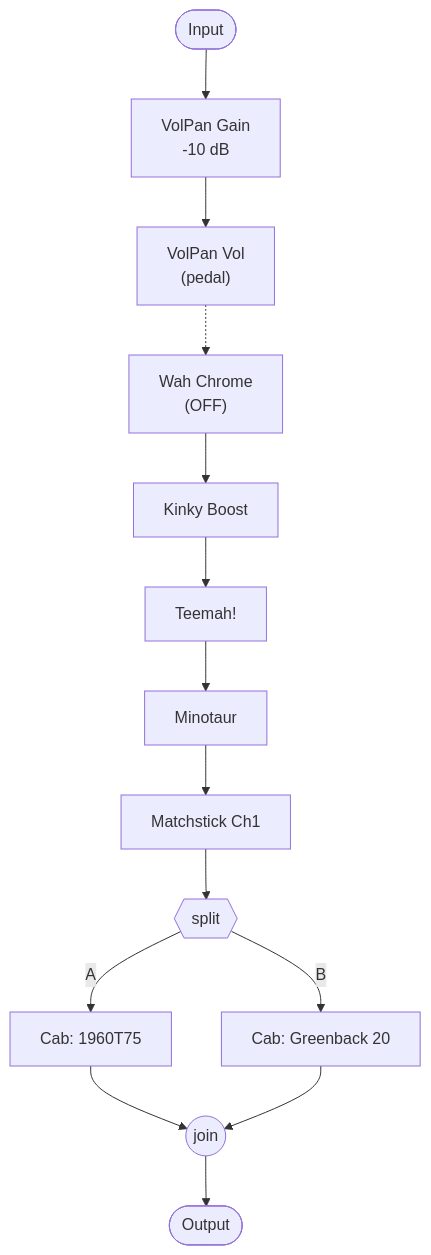
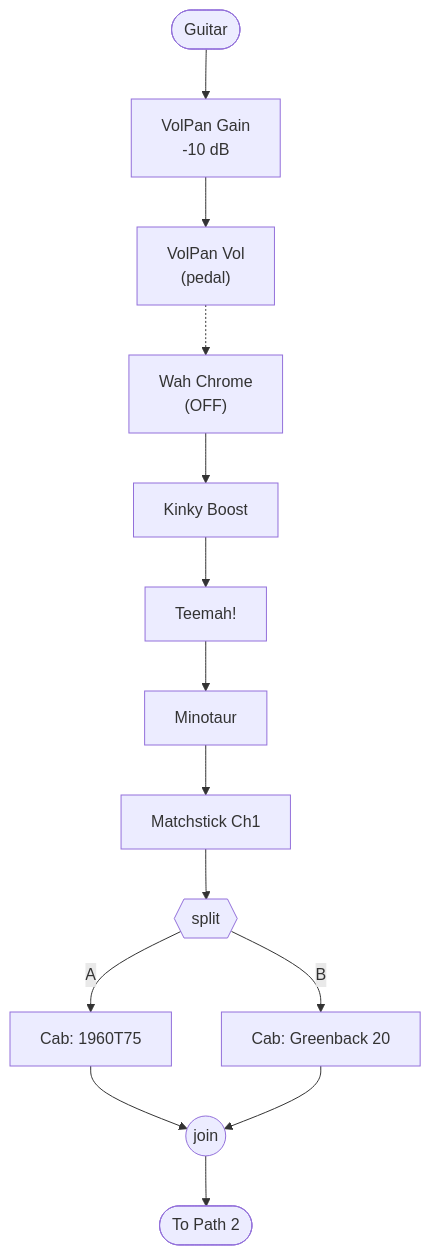
Before and after one commit to lmeadors/helix-catalog: the first of 2 diagrams in presets/samples/Matchless (v3).flow.md, drawn with Mermaid. The commit also changed other lines of this file and 1 other file, not shown here.

First line of the commit message:
confirm dsp1 split topology; fix path1/path2 series routing in diagram

````diff
--- a/presets/samples/Matchless (v3).flow.md
+++ b/presets/samples/Matchless (v3).flow.md
@@ -16,16 +18,16 @@
 ```mermaid
 graph TD
-    IN0([Input]) --> VG["VolPan Gain<br/>-10 dB"]
+    IN0([Guitar]) --> VG["VolPan Gain<br/>-10 dB"]
     VG --> VV["VolPan Vol<br/>(pedal)"]
     VV -.-> WC["Wah Chrome<br/>(OFF)"]
     WC --> KB["Kinky Boost"]
     KB --> TM["Teemah!"]
     TM --> MT["Minotaur"]
     MT --> AMP["Matchstick Ch1"]
     AMP --> SPLIT{{split}}
     SPLIT -->|A| CABA["Cab: 1960T75"]
     SPLIT -->|B| CABB["Cab: Greenback 20"]
     CABA --> JOIN((join))
     CABB --> JOIN
-    JOIN --> OUT0([Output])
+    JOIN --> OUT0(["To Path 2"])
 ```
````
